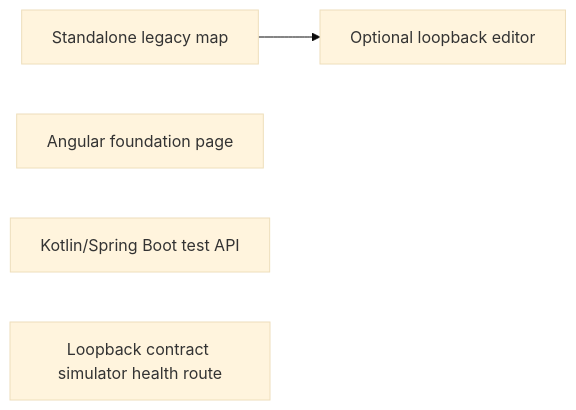
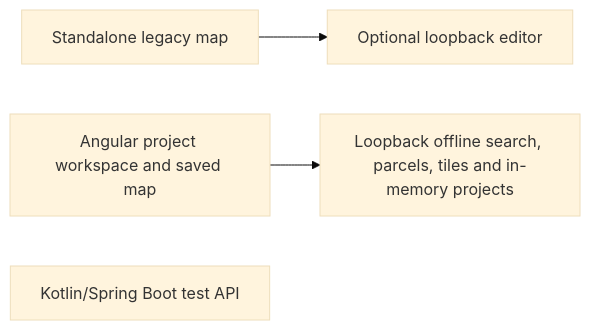
The first of 2 diagrams in docs/architecture/target-product.md (simply-dev-it/geo-planner), drawn with Mermaid (base theme) before and after one commit. The commit also changed other lines of this file and 168 other files, not shown here.

First line of the commit message:
feat: deliver guided project workspace and public-data simulator

````diff
--- a/docs/architecture/target-product.md
+++ b/docs/architecture/target-product.md
@@ -21,7 +22,7 @@
 ```mermaid
 flowchart LR
     LEGACY["Standalone legacy map"] --> EDITOR["Optional loopback editor"]
-    ANGULAR["Angular foundation page"]
+    ANGULAR["Angular project workspace and saved map"] --> SIMULATOR
     KOTLIN["Kotlin/Spring Boot test API"]
-    SIMULATOR["Loopback contract simulator health route"]
+    SIMULATOR["Loopback offline search, parcels, tiles and in-memory projects"]
 ```
````
